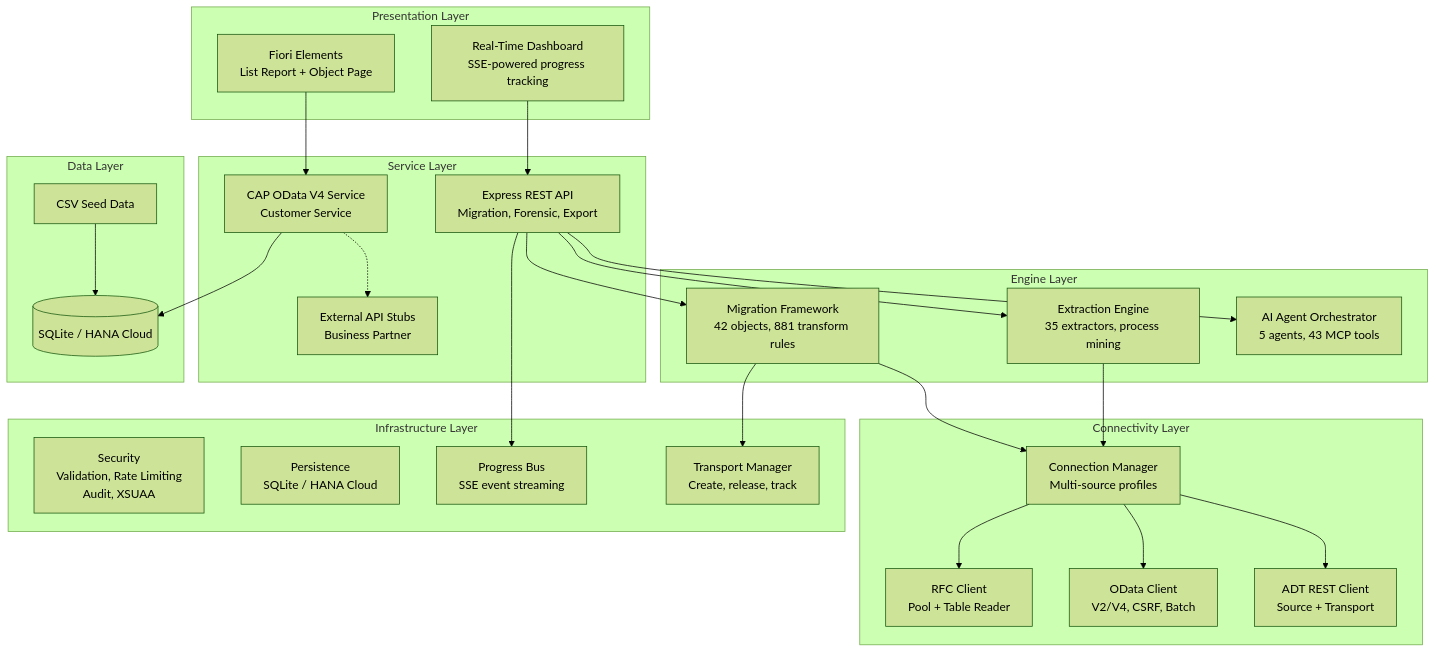
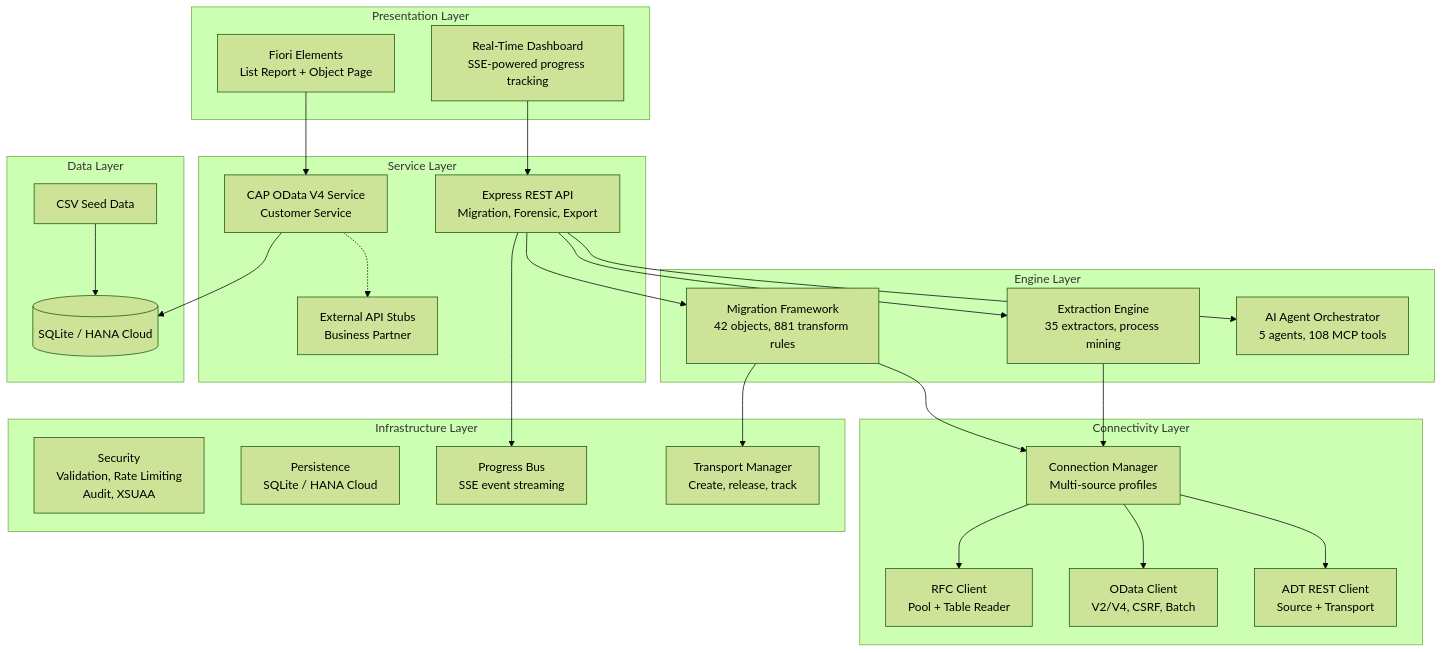
The first of 2 diagrams in docs/architecture-overview.md (ib823/sapconnect), drawn with Mermaid (forest theme) before and after one commit. The commit also changed other lines of this file and 17 other files, not shown here.

````diff
--- a/docs/architecture-overview.md
+++ b/docs/architecture-overview.md
@@ -7,54 +7,54 @@
 ```mermaid
 graph TB
     subgraph "Presentation Layer"
         UI[Fiori Elements<br/>List Report + Object Page]
         DASH[Real-Time Dashboard<br/>SSE-powered progress tracking]
     end
 
     subgraph "Service Layer"
         SRV[CAP OData V4 Service<br/>Customer Service]
         REST[Express REST API<br/>Migration, Forensic, Export]
         EXT[External API Stubs<br/>Business Partner]
     end
 
     subgraph "Engine Layer"
         EXTRACT[Extraction Engine<br/>35 extractors, process mining]
         MIGRATE[Migration Framework<br/>42 objects, 881 transform rules]
-        AGENT[AI Agent Orchestrator<br/>5 agents, 43 MCP tools]
+        AGENT[AI Agent Orchestrator<br/>5 agents, 108 MCP tools]
     end
 
     subgraph "Connectivity Layer"
         CONNMGR[Connection Manager<br/>Multi-source profiles]
         RFC[RFC Client<br/>Pool + Table Reader]
         ODATA[OData Client<br/>V2/V4, CSRF, Batch]
         ADT[ADT REST Client<br/>Source + Transport]
     end
 
     subgraph "Infrastructure Layer"
         SEC[Security<br/>Validation, Rate Limiting<br/>Audit, XSUAA]
         PERSIST[Persistence<br/>SQLite / HANA Cloud]
         PROGRESS[Progress Bus<br/>SSE event streaming]
         TRANSPORT[Transport Manager<br/>Create, release, track]
     end
 
     subgraph "Data Layer"
         DB[(SQLite / HANA Cloud)]
         CSV[CSV Seed Data]
     end
 
     UI --> SRV
     DASH --> REST
     SRV --> DB
     SRV -.-> EXT
     REST --> EXTRACT
     REST --> MIGRATE
     REST --> AGENT
     EXTRACT --> CONNMGR
     MIGRATE --> CONNMGR
     CONNMGR --> RFC
     CONNMGR --> ODATA
     CONNMGR --> ADT
     CSV --> DB
     REST --> PROGRESS
     MIGRATE --> TRANSPORT
 ```
````
